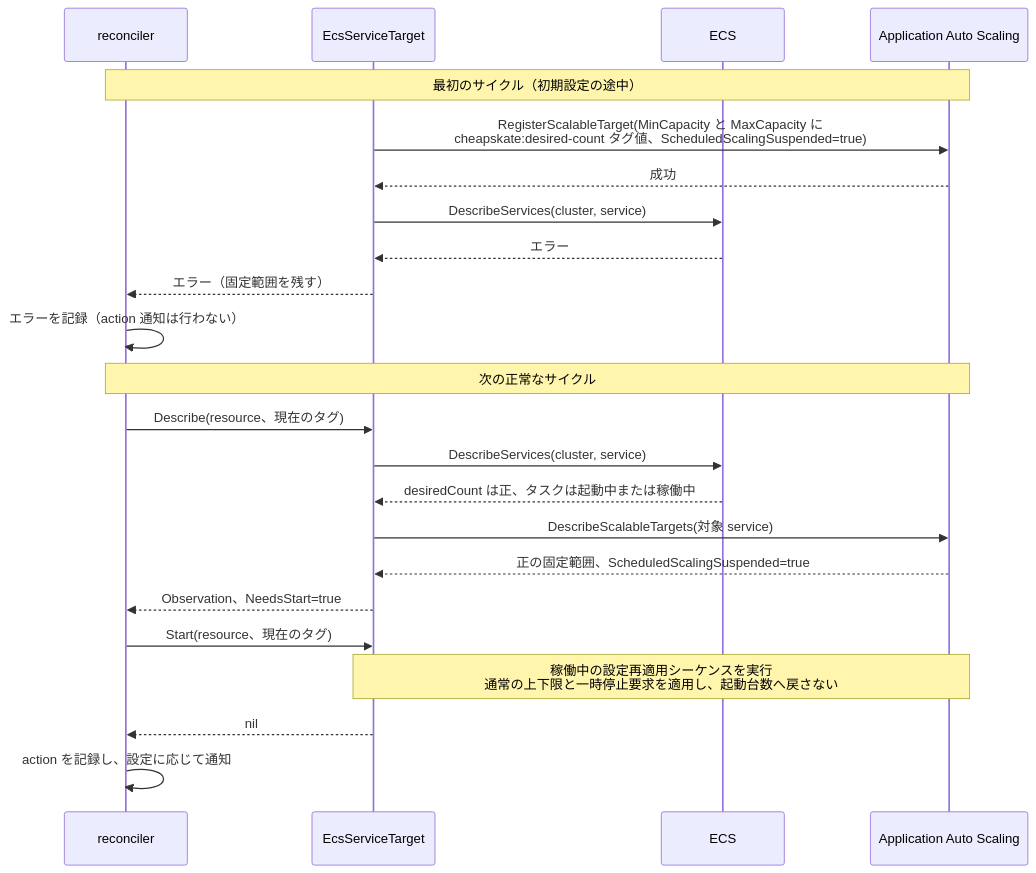
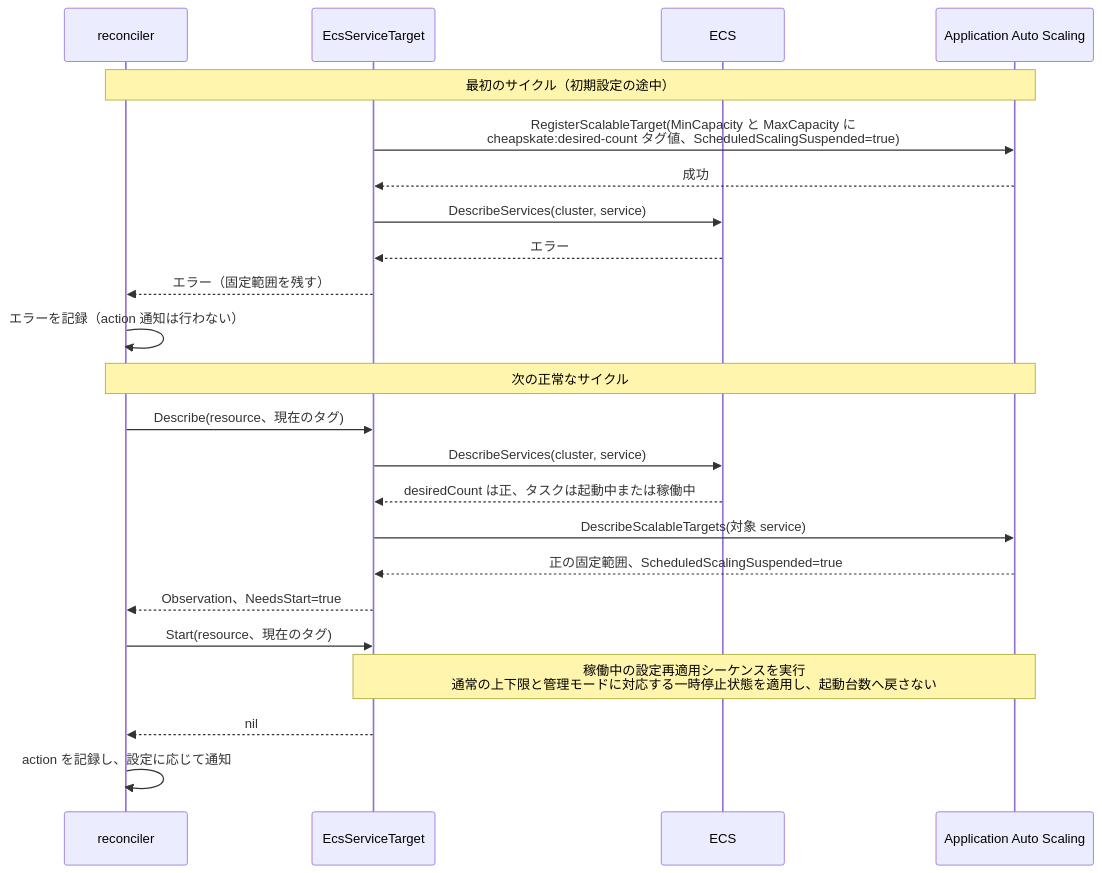
One commit to moepig/cheapskate changed the ninth of 9 diagrams in docs/ja/development/resource_sequence.md. Above: the diagram before and after it, drawn with Mermaid. The commit also changed other lines of this file and 22 other files, not shown here.

````diff
--- a/docs/ja/development/resource_sequence.md
+++ b/docs/ja/development/resource_sequence.md
@@ -334,25 +336,25 @@
 ```mermaid
 sequenceDiagram
     participant Reconciler as reconciler
     participant Adapter as EcsServiceTarget
     participant EcsAPI as ECS
     participant AutoScaling as Application Auto Scaling
     Note over Reconciler,AutoScaling: 最初のサイクル（初期設定の途中）
     Adapter->>AutoScaling: RegisterScalableTarget(MinCapacity と MaxCapacity に<br/>cheapskate:desired-count タグ値、ScheduledScalingSuspended=true)
     AutoScaling-->>Adapter: 成功
     Adapter->>EcsAPI: DescribeServices(cluster, service)
     EcsAPI-->>Adapter: エラー
     Adapter-->>Reconciler: エラー（固定範囲を残す）
     Reconciler->>Reconciler: エラーを記録（action 通知は行わない）
     Note over Reconciler,AutoScaling: 次の正常なサイクル
     Reconciler->>Adapter: Describe(resource、現在のタグ)
     Adapter->>EcsAPI: DescribeServices(cluster, service)
     EcsAPI-->>Adapter: desiredCount は正、タスクは起動中または稼働中
     Adapter->>AutoScaling: DescribeScalableTargets(対象 service)
     AutoScaling-->>Adapter: 正の固定範囲、ScheduledScalingSuspended=true
     Adapter-->>Reconciler: Observation、NeedsStart=true
     Reconciler->>Adapter: Start(resource、現在のタグ)
-    Note over Adapter,AutoScaling: 稼働中の設定再適用シーケンスを実行<br/>通常の上下限と一時停止要求を適用し、起動台数へ戻さない
+    Note over Adapter,AutoScaling: 稼働中の設定再適用シーケンスを実行<br/>通常の上下限と管理モードに対応する一時停止状態を適用し、起動台数へ戻さない
     Adapter-->>Reconciler: nil
     Reconciler->>Reconciler: action を記録し、設定に応じて通知
 ```
````
